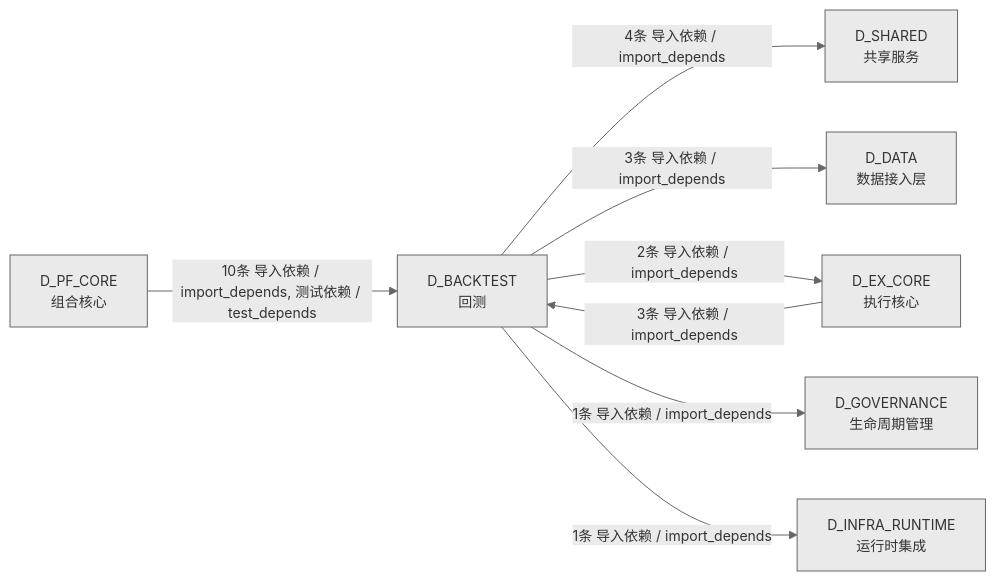
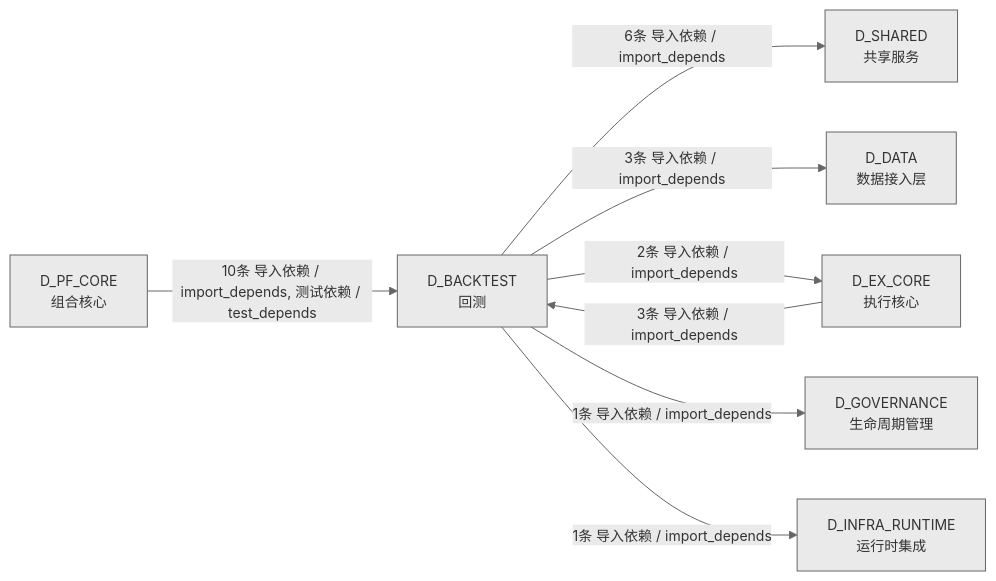
The fourth of 4 diagrams in docs/02_enterprise_architecture/02_domain_architecture_docs/35_d_backtest.md (xuanFelixVan/ZephyrAlpha), drawn with Mermaid before and after one commit. The commit also changed other lines of this file and 12 other files, not shown here.

````diff
--- a/docs/02_enterprise_architecture/02_domain_architecture_docs/35_d_backtest.md
+++ b/docs/02_enterprise_architecture/02_domain_architecture_docs/35_d_backtest.md
@@ -335,18 +339,18 @@
 ```mermaid
 %%{init: {'theme': 'base', 'themeVariables': {'primaryColor': '#eaeaea', 'primaryTextColor': '#333333', 'primaryBorderColor': '#666666', 'lineColor': '#666666', 'secondaryColor': '#eaeaea', 'tertiaryColor': '#eaeaea', 'fontSize': '14px'}}}%%
 graph LR
     D_BACKTEST["D_BACKTEST<br/>回测"]
     D_SHARED["D_SHARED<br/>共享服务"]
     D_DATA["D_DATA<br/>数据接入层"]
     D_EX_CORE["D_EX_CORE<br/>执行核心"]
     D_GOVERNANCE["D_GOVERNANCE<br/>生命周期管理"]
     D_INFRA_RUNTIME["D_INFRA_RUNTIME<br/>运行时集成"]
     D_PF_CORE["D_PF_CORE<br/>组合核心"]
-    D_BACKTEST -->|4条 导入依赖 / import_depends| D_SHARED
+    D_BACKTEST -->|6条 导入依赖 / import_depends| D_SHARED
     D_BACKTEST -->|3条 导入依赖 / import_depends| D_DATA
     D_BACKTEST -->|2条 导入依赖 / import_depends| D_EX_CORE
     D_BACKTEST -->|1条 导入依赖 / import_depends| D_GOVERNANCE
     D_BACKTEST -->|1条 导入依赖 / import_depends| D_INFRA_RUNTIME
     D_PF_CORE -->|10条 导入依赖 / import_depends, 测试依赖 / test_depends| D_BACKTEST
     D_EX_CORE -->|3条 导入依赖 / import_depends| D_BACKTEST
 ```
````
